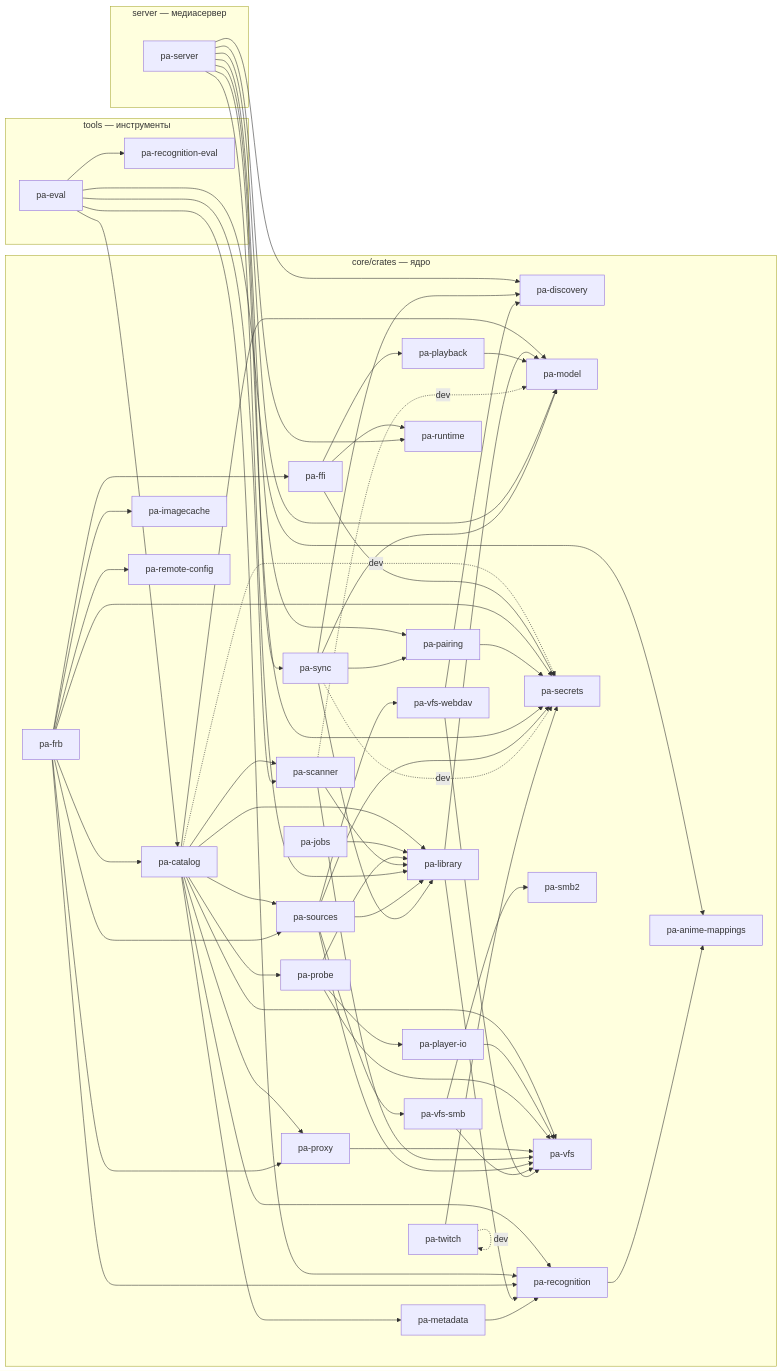
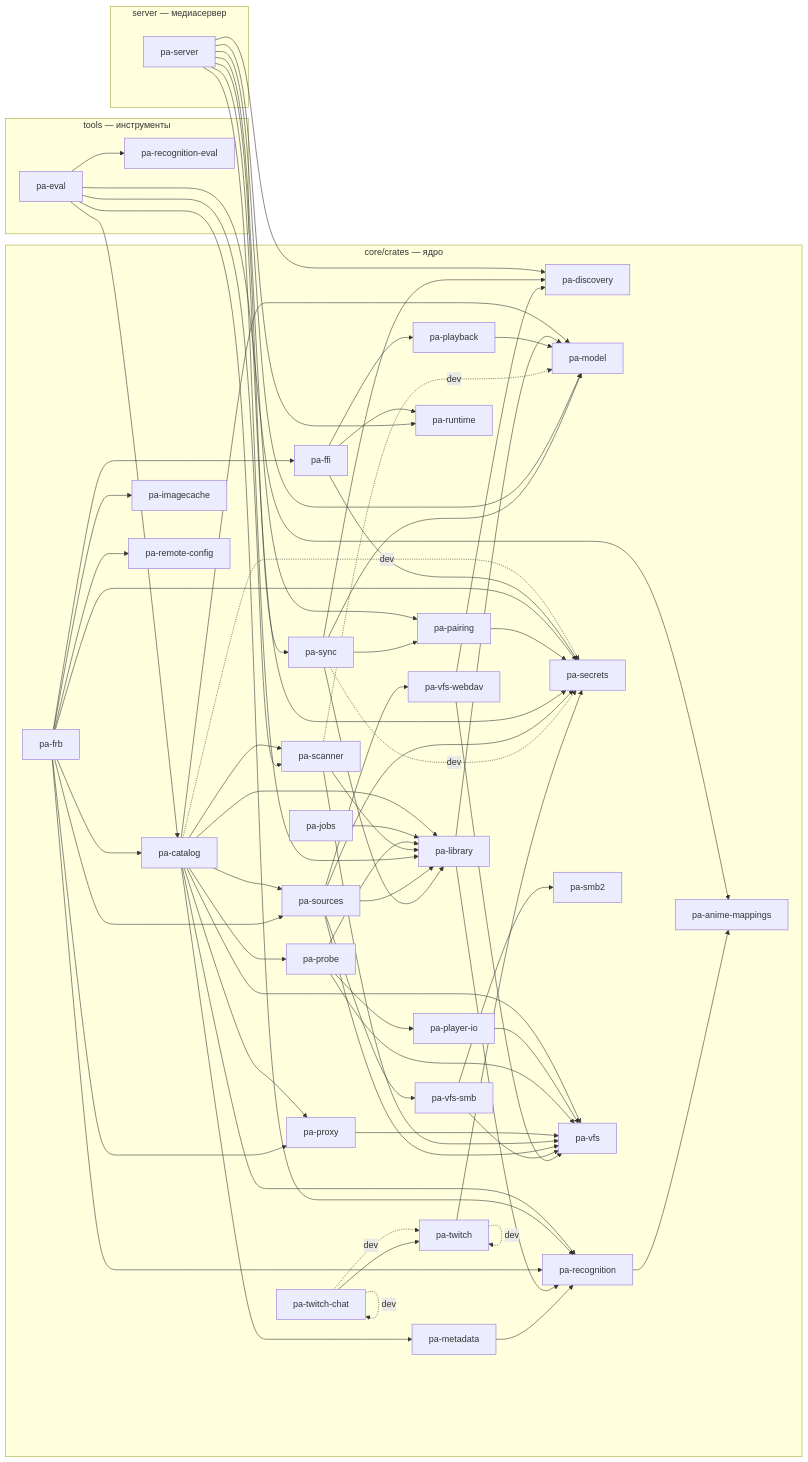
One commit to DenisHumen/project_alpha changed the diagram in docs/dev/crate-graph.md. Above: the diagram before and after it, drawn with Mermaid. The commit also changed other lines of this file, not shown here.

Commit message:
Merge main; assign ADR numbers

```diff
--- a/docs/dev/crate-graph.md
+++ b/docs/dev/crate-graph.md
@@ -36,6 +36,7 @@
     pa_sources["pa-sources"]
     pa_sync["pa-sync"]
     pa_twitch["pa-twitch"]
+    pa_twitch_chat["pa-twitch-chat"]
     pa_vfs["pa-vfs"]
     pa_vfs_smb["pa-vfs-smb"]
     pa_vfs_webdav["pa-vfs-webdav"]
@@ -107,6 +108,9 @@
   pa_sync -. dev .-> pa_secrets
   pa_twitch --> pa_secrets
   pa_twitch -. dev .-> pa_twitch
+  pa_twitch_chat -. dev .-> pa_twitch
+  pa_twitch_chat --> pa_twitch
+  pa_twitch_chat -. dev .-> pa_twitch_chat
   pa_vfs_smb --> pa_smb2
   pa_vfs_smb --> pa_vfs
   pa_vfs_webdav --> pa_discovery
```
